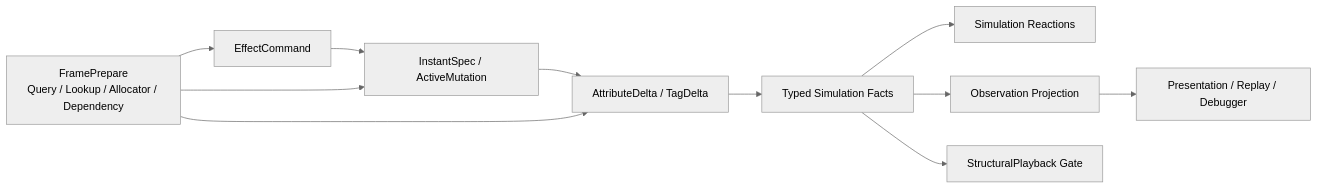
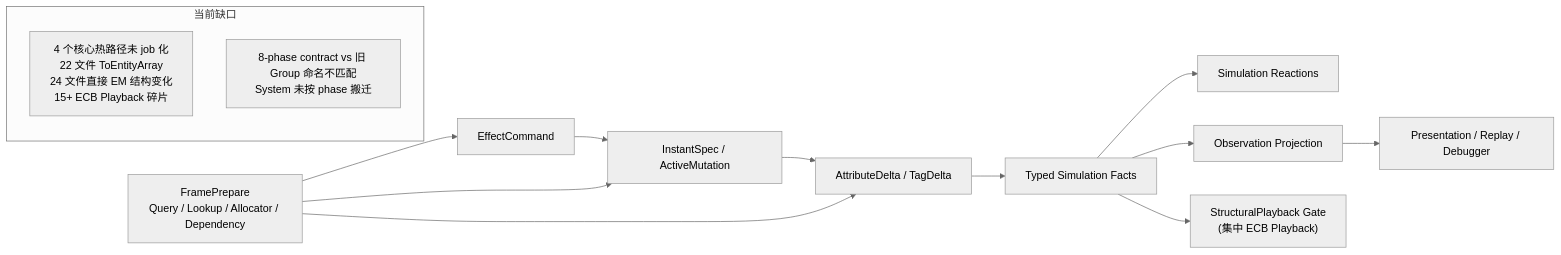
The third of 3 diagrams in 方案讨论/针对2.0的ECS架构的迭代方案讨论/当前路线/00-当前架构事实/架构事实/当前架构图.md (Bo-ki/gameplay-ability-system-for-unity), drawn with Mermaid (neutral theme) before and after one commit. The commit also changed other lines of this file and 40 other files, not shown here.

````diff
--- a/方案讨论/针对2.0的ECS架构的迭代方案讨论/当前路线/00-当前架构事实/架构事实/当前架构图.md
+++ b/方案讨论/针对2.0的ECS架构的迭代方案讨论/当前路线/00-当前架构事实/架构事实/当前架构图.md
@@ -51,14 +72,19 @@
 ```mermaid
 flowchart LR
     FramePrep["FramePrepare\nQuery / Lookup / Allocator / Dependency"]
     Command["EffectCommand"] --> Spec["InstantSpec / ActiveMutation"]
     Spec --> Delta["AttributeDelta / TagDelta"]
     Delta --> TypedFacts["Typed Simulation Facts"]
     TypedFacts --> CoreReactions["Simulation Reactions"]
     TypedFacts --> Observation["Observation Projection"]
     Observation --> Presentation["Presentation / Replay / Debugger"]
     FramePrep --> Command
     FramePrep --> Spec
     FramePrep --> Delta
-    TypedFacts --> StructuralPlayback["StructuralPlayback Gate"]
+    TypedFacts --> StructuralPlayback["StructuralPlayback Gate\n(集中 ECB Playback)"]
+
+    subgraph CurrentGap["当前缺口"]
+        HotPath["4 个核心热路径未 job 化\n22 文件 ToEntityArray\n24 文件直接 EM 结构变化\n15+ ECB Playback 碎片"]
+        GroupAlign["8-phase contract vs 旧 Group 命名不匹配\nSystem 未按 phase 搬迁"]
+    end
 ```
````
